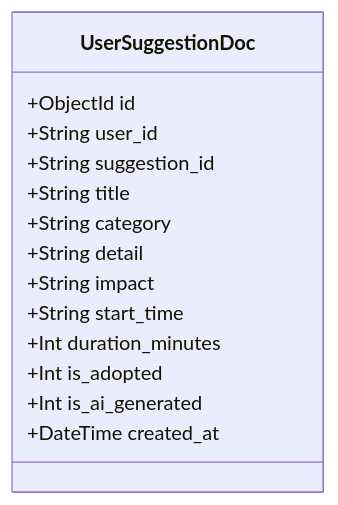
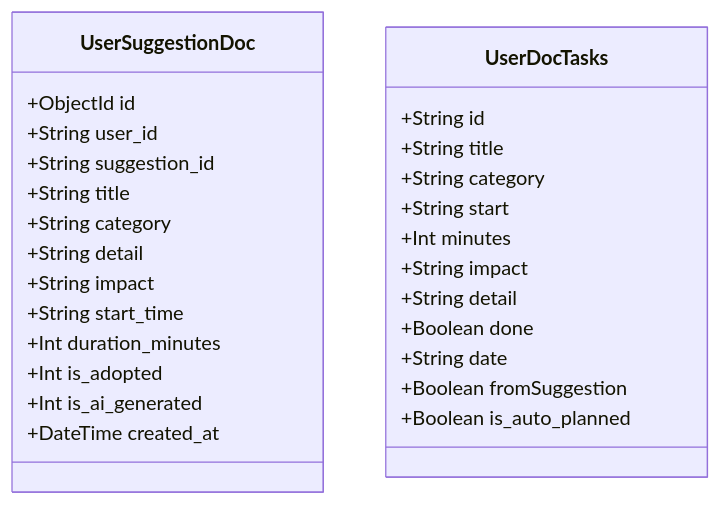
The third of 6 diagrams in docs/workflow/06_task_planner_and_suggestions.md (notysozu/AI-Based-Visual-Risk-and-Compliance-Intelligence-System), drawn with Mermaid before and after one commit. The commit also changed other lines of this file and 6 other files, not shown here.

Commit message:
docs: update system architecture, core capabilities, API reference, and workflows with autonomous planner, table parser, and mermaid diagrams

````diff
--- a/docs/workflow/06_task_planner_and_suggestions.md
+++ b/docs/workflow/06_task_planner_and_suggestions.md
@@ -40,17 +57,31 @@
 ```mermaid
 classDiagram
   class UserSuggestionDoc {
     +ObjectId id
     +String user_id
     +String suggestion_id
     +String title
     +String category
     +String detail
     +String impact
     +String start_time
     +Int duration_minutes
     +Int is_adopted
     +Int is_ai_generated
     +DateTime created_at
   }
+
+  class UserDocTasks {
+    +String id
+    +String title
+    +String category
+    +String start
+    +Int minutes
+    +String impact
+    +String detail
+    +Boolean done
+    +String date
+    +Boolean fromSuggestion
+    +Boolean is_auto_planned
+  }
 ```
````
